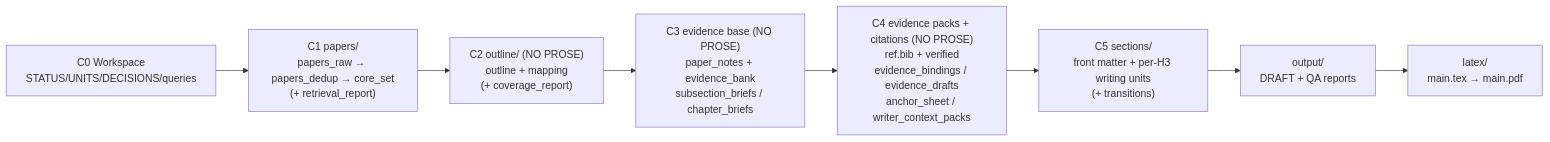
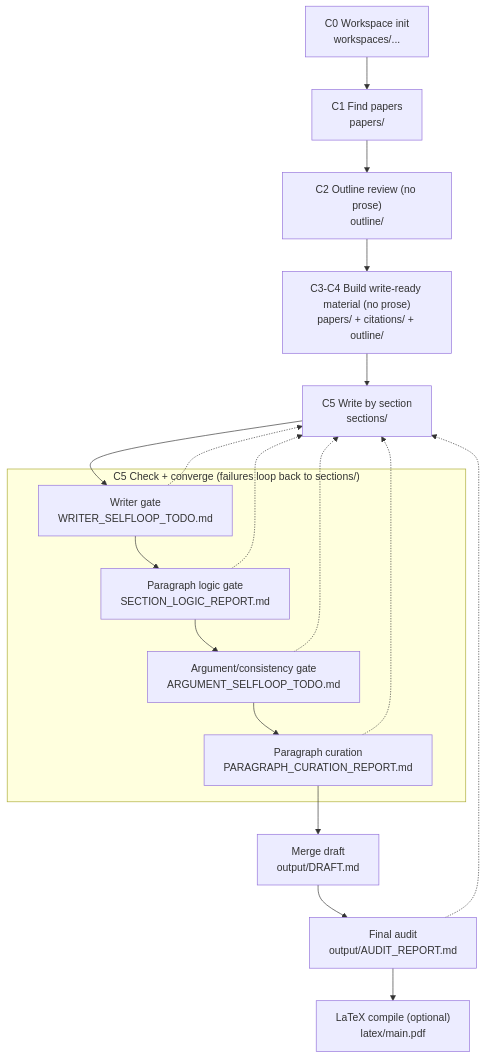
One commit to WILLOSCAR/research-units-pipeline changed the diagram in README.en.md. Above: the diagram before and after it, drawn with Mermaid. The commit also changed other lines of this file and 1 other file, not shown here.

Commit message:
Enhance README documentation for clarity and usability
- Add links to the skills index and skills standard in both README.en.md and README.md for better navigation.
- Revise the example artifacts section to provide a clearer overview of the end-to-end reference run, emphasizing the workflow and suggested entry points.
- Update the directory quick glance to reflect changes in folder contents and their purposes, ensuring users understand the structure and flow of the project.

````diff
--- a/README.en.md
+++ b/README.en.md
@@ -181,10 +193,25 @@
 ```mermaid
-flowchart LR
-  C0["C0 Workspace<br/>STATUS/UNITS/DECISIONS/queries"] --> C1["C1 papers/<br/>papers_raw → papers_dedup → core_set<br/>(+ retrieval_report)"]
-  C1 --> C2["C2 outline/ (NO PROSE)<br/>outline + mapping<br/>(+ coverage_report)"]
-  C2 --> C3["C3 evidence base (NO PROSE)<br/>paper_notes + evidence_bank<br/>subsection_briefs / chapter_briefs"]
-  C3 --> C4["C4 evidence packs + citations (NO PROSE)<br/>ref.bib + verified<br/>evidence_bindings / evidence_drafts<br/>anchor_sheet / writer_context_packs"]
-  C4 --> C5["C5 sections/<br/>front matter + per-H3 writing units<br/>(+ transitions)"]
-  C5 --> OUT["output/<br/>DRAFT + QA reports"]
-  OUT --> TEX["latex/<br/>main.tex → main.pdf"]
+flowchart TD
+  WS["C0 Workspace init<br/>workspaces/..."] --> P["C1 Find papers<br/>papers/"]
+  P --> O["C2 Outline review (no prose)<br/>outline/"]
+  O --> E["C3-C4 Build write-ready material (no prose)<br/>papers/ + citations/ + outline/"]
+
+  E --> S["C5 Write by section<br/>sections/"]
+
+  subgraph LOOP["C5 Check + converge (failures loop back to sections/)"]
+    G1["Writer gate<br/>WRITER_SELFLOOP_TODO.md"]
+    G2["Paragraph logic gate<br/>SECTION_LOGIC_REPORT.md"]
+    G3["Argument/consistency gate<br/>ARGUMENT_SELFLOOP_TODO.md"]
+    G4["Paragraph curation<br/>PARAGRAPH_CURATION_REPORT.md"]
+  end
+
+  S --> G1 --> G2 --> G3 --> G4 --> D["Merge draft<br/>output/DRAFT.md"]
+  G1 -.-> S
+  G2 -.-> S
+  G3 -.-> S
+  G4 -.-> S
+
+  D --> A["Final audit<br/>output/AUDIT_REPORT.md"]
+  A -.-> S
+  A --> TEX["LaTeX compile (optional)<br/>latex/main.pdf"]
 ```
````
